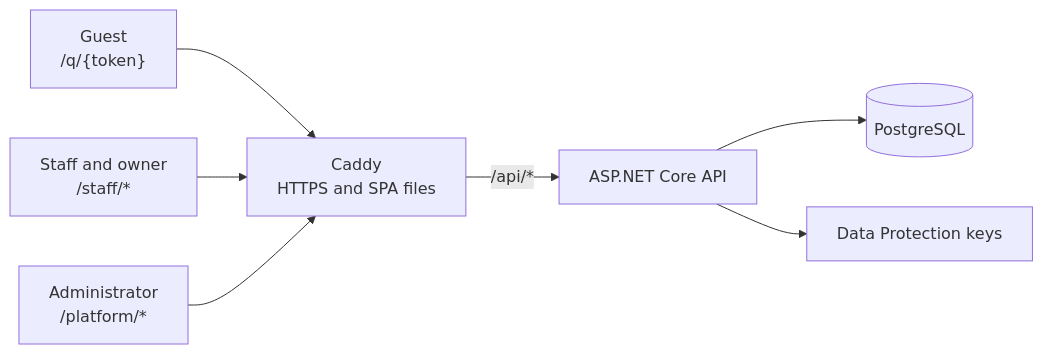
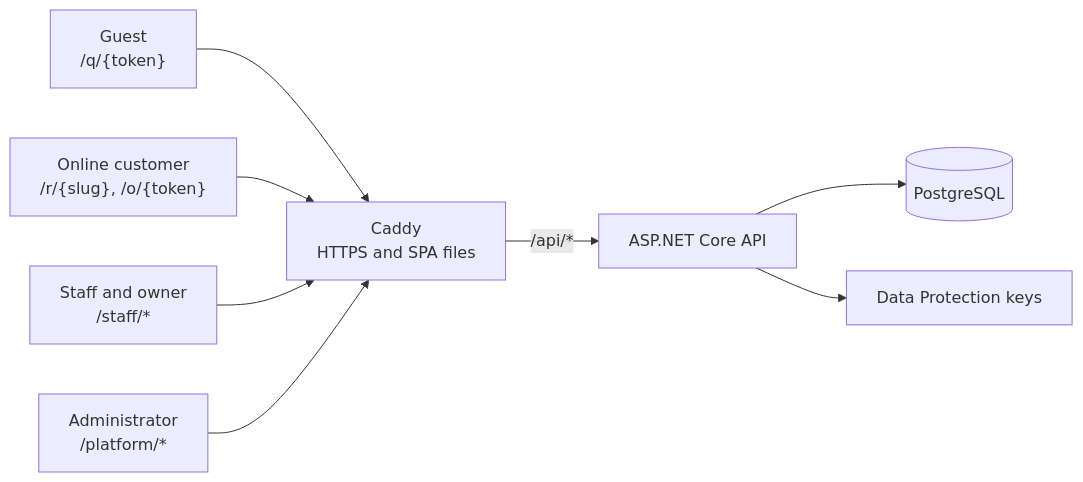
One commit to lorenzoyang/TavoloFlow changed the diagram in README.md. Above: the diagram before and after it, drawn with Mermaid. The commit also changed other lines of this file and 19 other files, not shown here.

````diff
--- a/README.md
+++ b/README.md
@@ -122,9 +122,10 @@
 ```mermaid
 flowchart LR
   G["Guest<br>/q/{token}"] --> C
+  O["Online customer<br>/r/{slug}, /o/{token}"] --> C
   S["Staff and owner<br>/staff/*"] --> C
   P["Administrator<br>/platform/*"] --> C
   C["Caddy<br>HTTPS and SPA files"] -->|"/api/*"| A["ASP.NET Core API"]
   A --> D[("PostgreSQL")]
   A --> K["Data Protection keys"]
 ```
````
